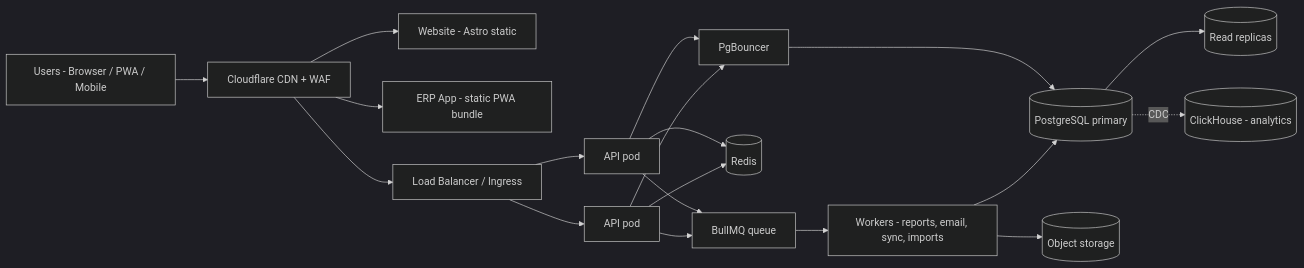
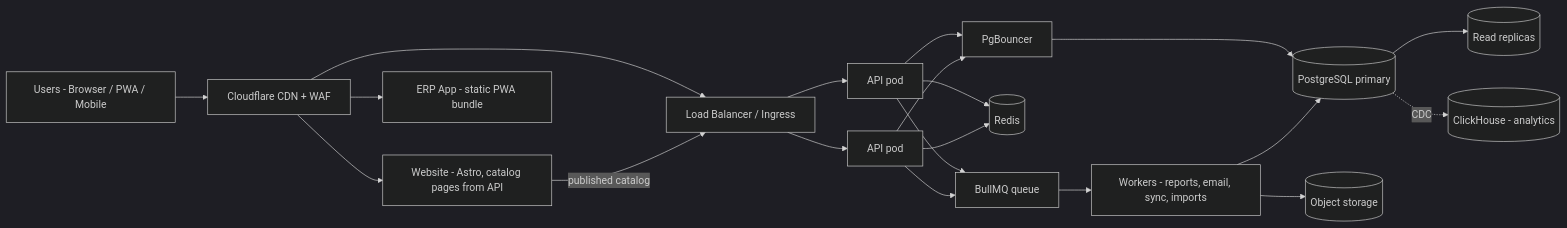
One commit to AlEkramHossainAbir/Omnivo changed the diagram in README.md. Above: the diagram before and after it, drawn with Mermaid (dark theme). The commit also changed other lines of this file and 1 other file, not shown here.

Commit message:
add website details

````diff
--- a/README.md
+++ b/README.md
@@ -69,18 +69,19 @@
 ```mermaid
 flowchart LR
   U[Users - Browser / PWA / Mobile] --> CF[Cloudflare CDN + WAF]
-  CF --> WEB[Website - Astro static]
+  CF --> WEB[Website - Astro, catalog pages from API]
   CF --> APP[ERP App - static PWA bundle]
   CF --> LB[Load Balancer / Ingress]
   LB --> API1[API pod]
   LB --> API2[API pod]
+  WEB -- published catalog --> LB
   API1 & API2 --> PGB[PgBouncer]
   PGB --> PG[(PostgreSQL primary)]
   PG --> PGR[(Read replicas)]
   API1 & API2 --> R[(Redis)]
   API1 & API2 --> Q[BullMQ queue]
   Q --> W[Workers - reports, email, sync, imports]
   W --> PG
   W --> S3[(Object storage)]
   PG -. CDC .-> CH[(ClickHouse - analytics)]
 ```
````
